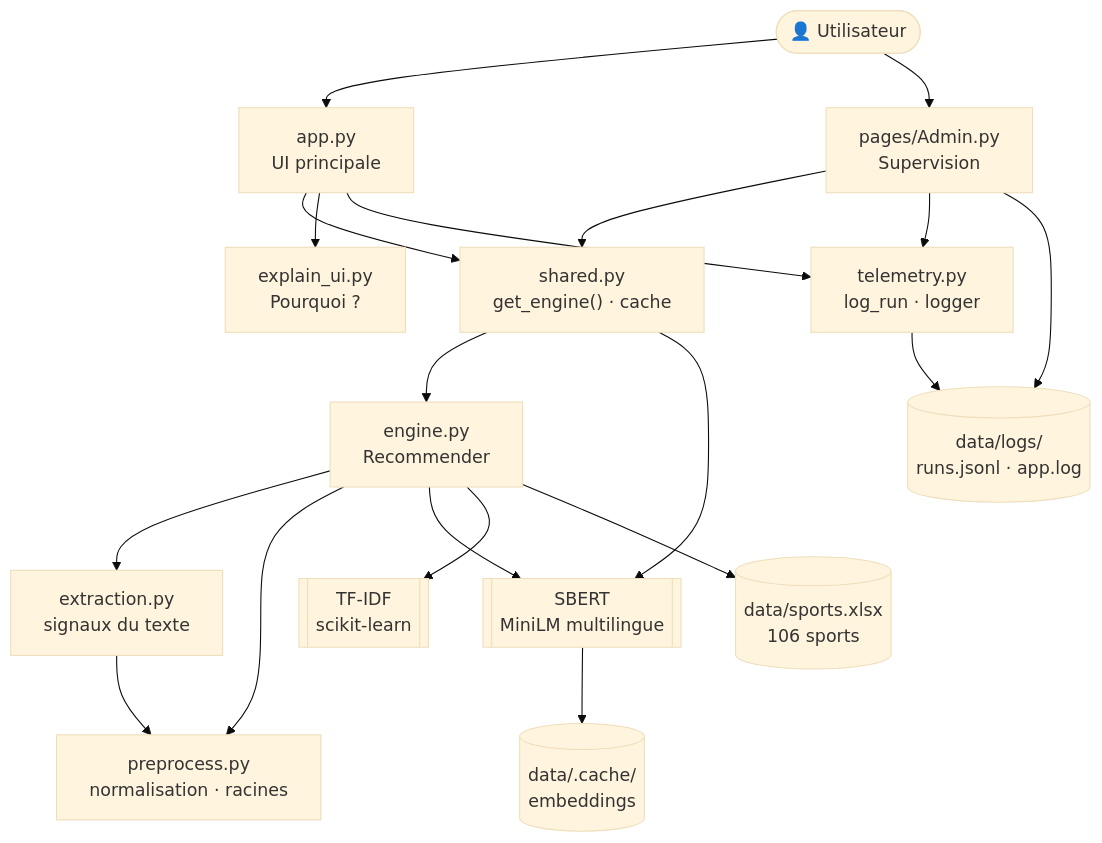
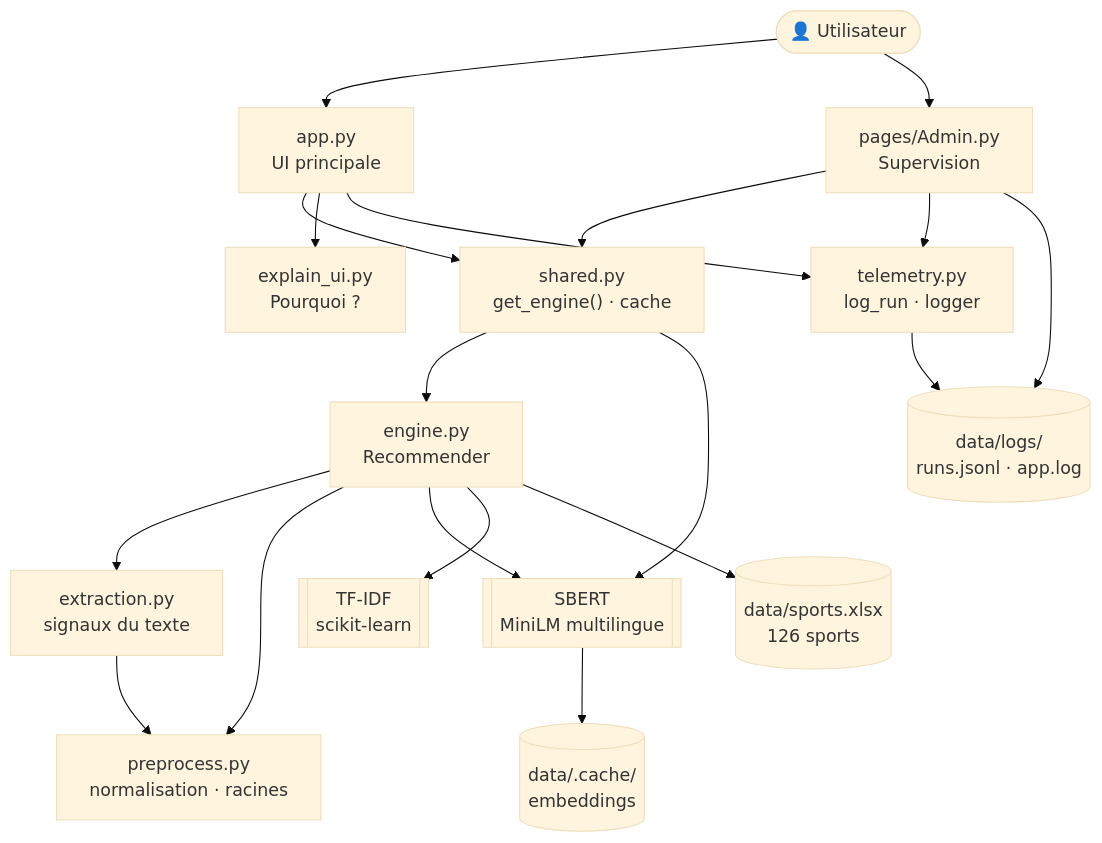
One commit to AntoineLal/ECE-Projet-NLP changed the fourth of 6 diagrams in README.md. Above: the diagram before and after it, drawn with Mermaid (base theme). The commit also changed other lines of this file and 14 other files, not shown here.

````diff
--- a/README.md
+++ b/README.md
@@ -155,25 +156,25 @@
 ```mermaid
 flowchart TB
     U(["👤 Utilisateur"]) --> APP["app.py<br/>UI principale"]
     U --> ADM["pages/Admin.py<br/>Supervision"]
 
     APP --> SH["shared.py<br/>get_engine() · cache"]
     ADM --> SH
     APP --> EX["explain_ui.py<br/>Pourquoi ?"]
     APP --> TEL["telemetry.py<br/>log_run · logger"]
     ADM --> TEL
 
     SH --> ENG["engine.py<br/>Recommender"]
     SH --> SB[["SBERT<br/>MiniLM multilingue"]]
 
     ENG --> EXT["extraction.py<br/>signaux du texte"]
     ENG --> PRE["preprocess.py<br/>normalisation · racines"]
     EXT --> PRE
     ENG --> SB
     ENG --> TF[["TF-IDF<br/>scikit-learn"]]
-    ENG --> DATA[("data/sports.xlsx<br/>106 sports")]
+    ENG --> DATA[("data/sports.xlsx<br/>126 sports")]
 
     TEL --> RUNS[("data/logs/<br/>runs.jsonl · app.log")]
     ADM --> RUNS
     SB --> CACHE[("data/.cache/<br/>embeddings")]
 ```
````
